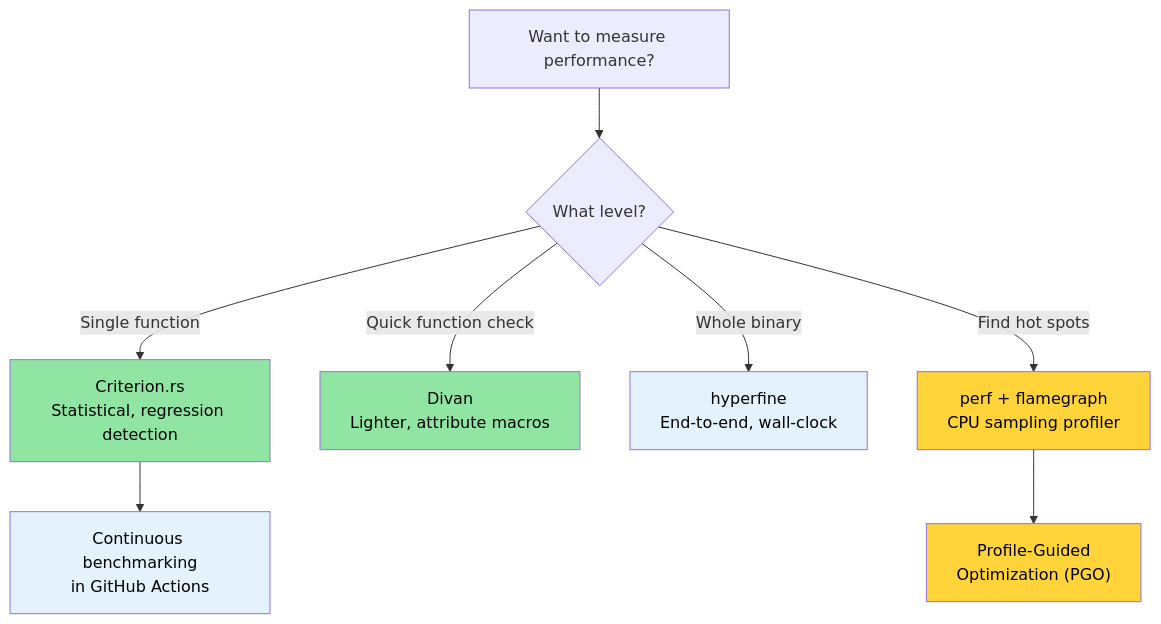
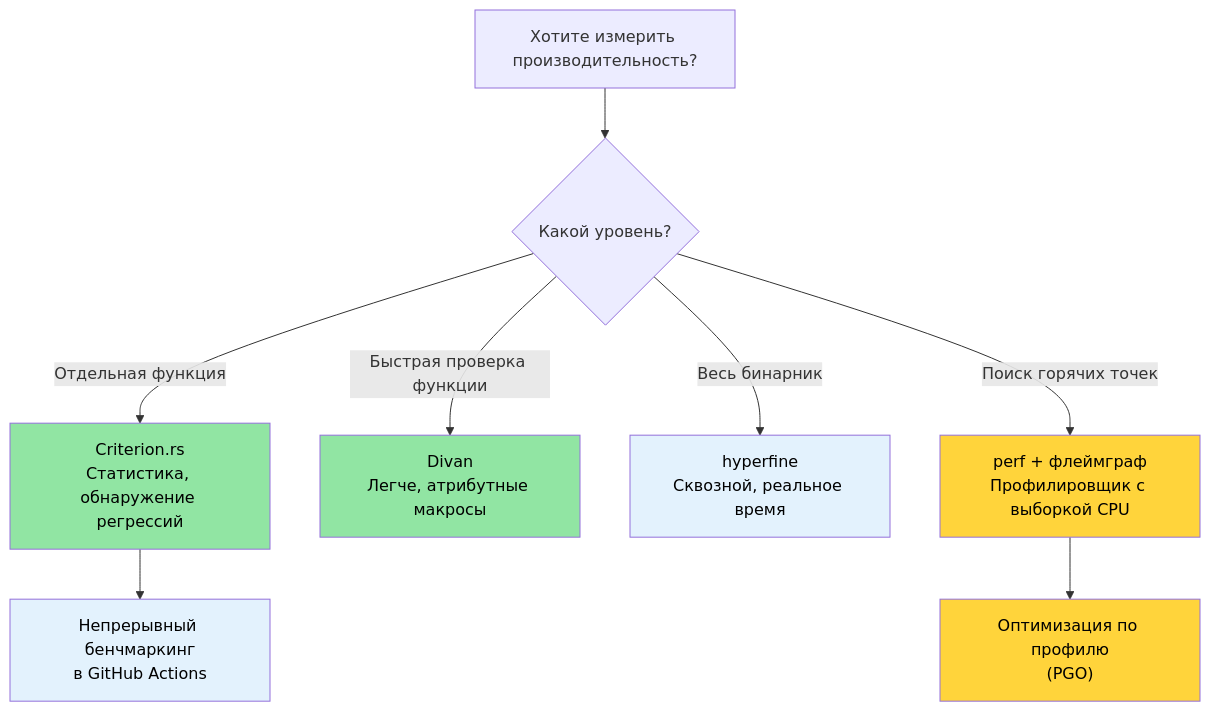
The diagram in engineering-book/src/ch03-benchmarking-measuring-what-matters.md (r007/RustTraining-Rus), drawn with Mermaid before and after one commit. The commit also changed other lines of this file and 3 other files, not shown here.

````diff
--- a/engineering-book/src/ch03-benchmarking-measuring-what-matters.md
+++ b/engineering-book/src/ch03-benchmarking-measuring-what-matters.md
@@ -468,19 +480,19 @@
 ```mermaid
 flowchart TD
-    START["Want to measure performance?"] --> WHAT{"What level?"}
+    START["Хотите измерить производительность?"] --> WHAT{"Какой уровень?"}
 
-    WHAT -->|"Single function"| CRITERION["Criterion.rs<br/>Statistical, regression detection"]
-    WHAT -->|"Quick function check"| DIVAN["Divan<br/>Lighter, attribute macros"]
-    WHAT -->|"Whole binary"| HYPERFINE["hyperfine<br/>End-to-end, wall-clock"]
-    WHAT -->|"Find hot spots"| PERF["perf + flamegraph<br/>CPU sampling profiler"]
+    WHAT -->|"Отдельная функция"| CRITERION["Criterion.rs<br/>Статистика, обнаружение регрессий"]
+    WHAT -->|"Быстрая проверка функции"| DIVAN["Divan<br/>Легче, атрибутные макросы"]
+    WHAT -->|"Весь бинарник"| HYPERFINE["hyperfine<br/>Сквозной, реальное время"]
+    WHAT -->|"Поиск горячих точек"| PERF["perf + флеймграф<br/>Профилировщик с выборкой CPU"]
 
-    CRITERION --> CI_BENCH["Continuous benchmarking<br/>in GitHub Actions"]
-    PERF --> OPTIMIZE["Profile-Guided<br/>Optimization (PGO)"]
+    CRITERION --> CI_BENCH["Непрерывный бенчмаркинг<br/>в GitHub Actions"]
+    PERF --> OPTIMIZE["Оптимизация по профилю<br/>(PGO)"]
 
     style CRITERION fill:#91e5a3,color:#000
     style DIVAN fill:#91e5a3,color:#000
     style HYPERFINE fill:#e3f2fd,color:#000
     style PERF fill:#ffd43b,color:#000
     style CI_BENCH fill:#e3f2fd,color:#000
     style OPTIMIZE fill:#ffd43b,color:#000
 ```
````
